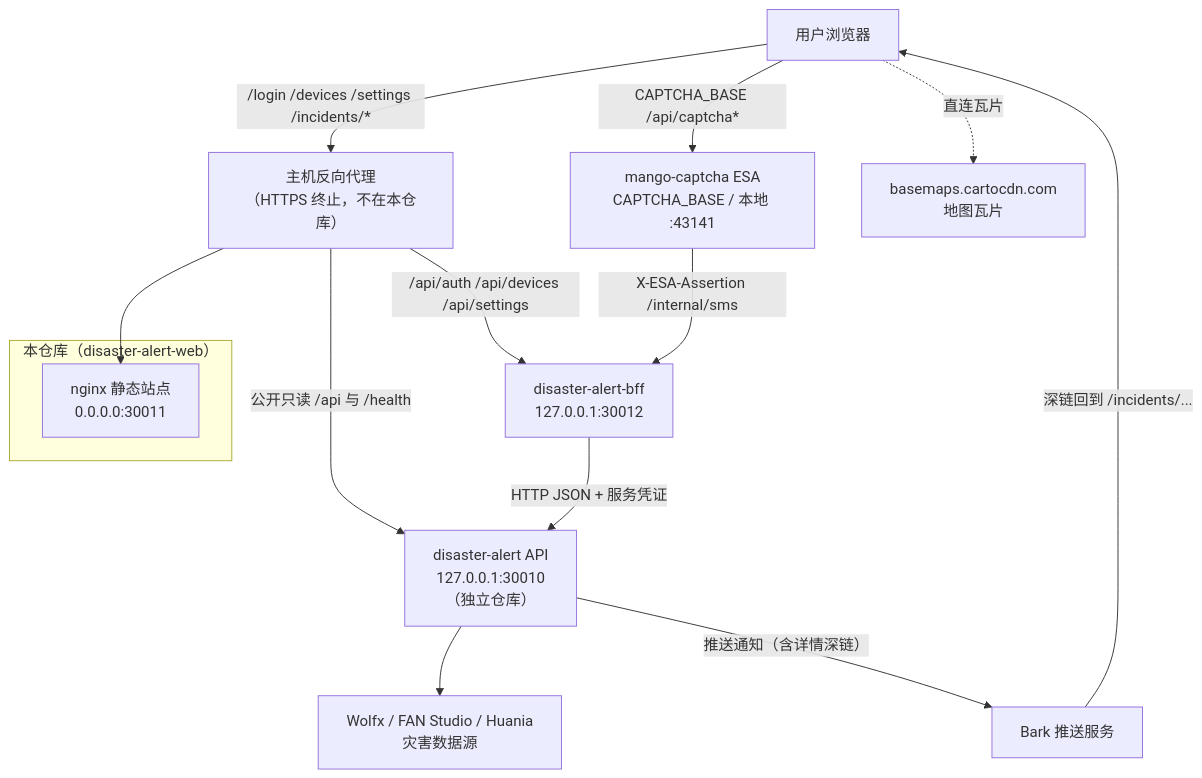
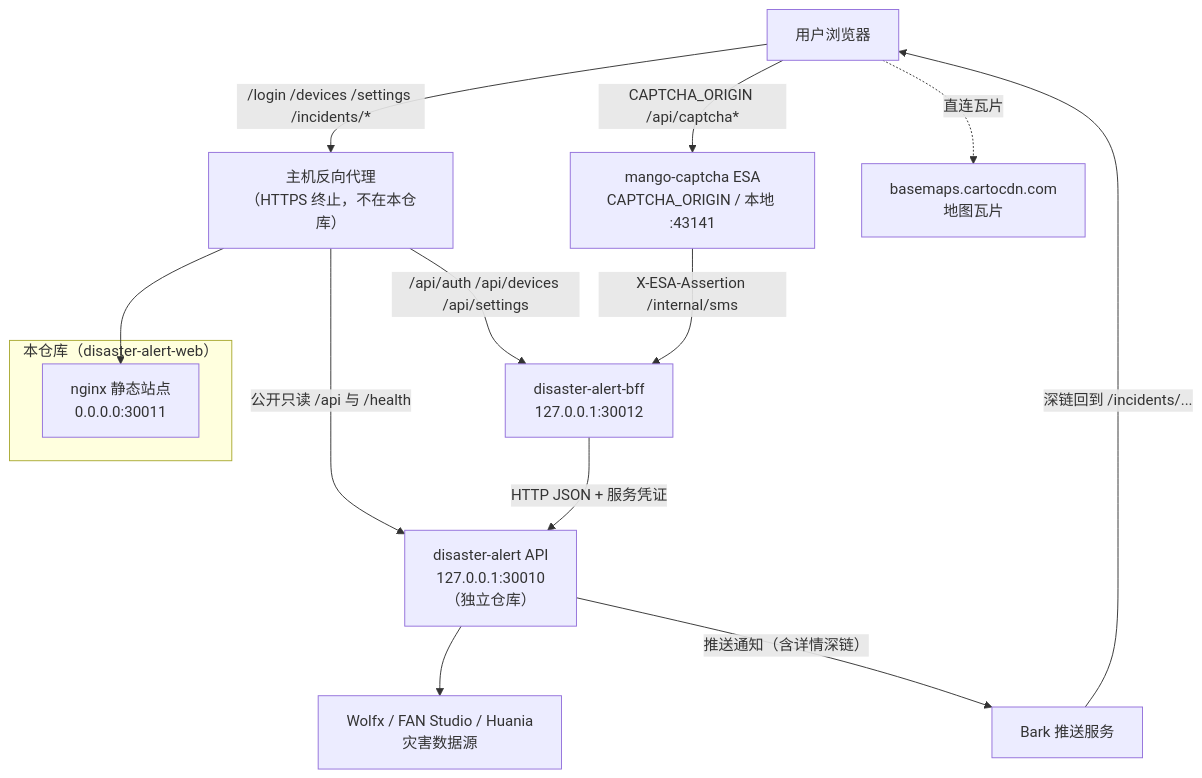
The first of 8 diagrams in docs/architecture.md (luyi2008/disaster-alert-web), drawn with Mermaid before and after one commit. The commit also changed other lines of this file and 8 other files, not shown here.

First line of the commit message:
refactor: rename CAPTCHA_BASE to CAPTCHA_ORIGIN

````diff
--- a/docs/architecture.md
+++ b/docs/architecture.md
@@ -25,26 +25,26 @@
 ```mermaid
 graph TB
     User["用户浏览器"]
     subgraph ThisRepo["本仓库（disaster-alert-web）"]
         Web["nginx 静态站点<br/>0.0.0.0:30011"]
     end
     Proxy["主机反向代理<br/>（HTTPS 终止，不在本仓库）"]
     BFF["disaster-alert-bff<br/>127.0.0.1:30012"]
-    Captcha["mango-captcha ESA<br/>CAPTCHA_BASE / 本地 :43141"]
+    Captcha["mango-captcha ESA<br/>CAPTCHA_ORIGIN / 本地 :43141"]
     API["disaster-alert API<br/>127.0.0.1:30010<br/>（独立仓库）"]
     Tiles["basemaps.cartocdn.com<br/>地图瓦片"]
     Bark["Bark 推送服务"]
     Sources["Wolfx / FAN Studio / Huania<br/>灾害数据源"]
 
     User -->|"/login /devices /settings /incidents/*"| Proxy
     Proxy --> Web
-    User -->|"CAPTCHA_BASE /api/captcha*"| Captcha
+    User -->|"CAPTCHA_ORIGIN /api/captcha*"| Captcha
     Proxy -->|"/api/auth /api/devices /api/settings"| BFF
     Proxy -->|"公开只读 /api 与 /health"| API
     Captcha -->|"X-ESA-Assertion /internal/sms"| BFF
     BFF -->|"HTTP JSON + 服务凭证"| API
     User -.->|"直连瓦片"| Tiles
     API --> Sources
     API -->|"推送通知（含详情深链）"| Bark
     Bark -->|"深链回到 /incidents/..."| User
 ```
````
